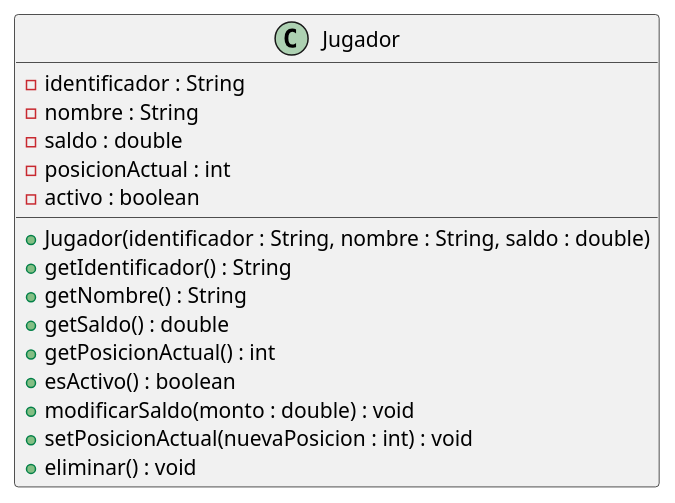
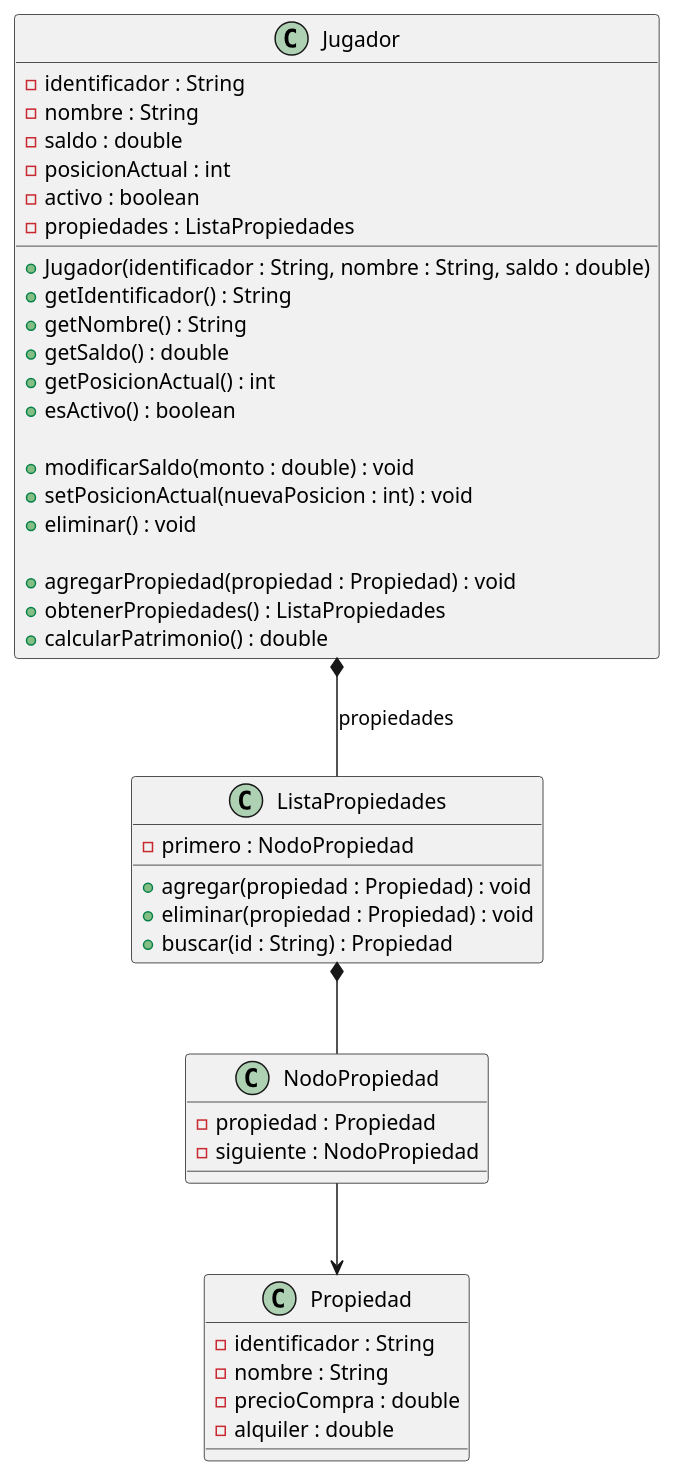
One commit to rodriguez0303/Proyecto1_Algoritmos changed the diagram in docs/uml/monopoly.puml. Above: the diagram before and after it, drawn with PlantUML. The commit also changed 1 other file, not shown here.

Commit message:
Pruebas basicas del Jugador

```diff
--- a/docs/uml/monopoly.puml
+++ b/docs/uml/monopoly.puml
@@ -1,21 +1,71 @@
 @startuml monopoly
+
+' ==============================
+' CLASE JUGADOR
+' ==============================
 
 class Jugador {
     - identificador : String
     - nombre : String
     - saldo : double
     - posicionActual : int
     - activo : boolean
+    - propiedades : ListaPropiedades
 
     + Jugador(identificador : String, nombre : String, saldo : double)
     + getIdentificador() : String
     + getNombre() : String
     + getSaldo() : double
     + getPosicionActual() : int
     + esActivo() : boolean
+
     + modificarSaldo(monto : double) : void
     + setPosicionActual(nuevaPosicion : int) : void
     + eliminar() : void
+
+    + agregarPropiedad(propiedad : Propiedad) : void
+    + obtenerPropiedades() : ListaPropiedades
+    + calcularPatrimonio() : double
 }
 
+
+' ==============================
+' LISTA DE PROPIEDADES
+' ==============================
+
+class ListaPropiedades {
+    - primero : NodoPropiedad
+
+    + agregar(propiedad : Propiedad) : void
+    + eliminar(propiedad : Propiedad) : void
+    + buscar(id : String) : Propiedad
+}
+
+
+class NodoPropiedad {
+    - propiedad : Propiedad
+    - siguiente : NodoPropiedad
+}
+
+
+' ==============================
+' PROPIEDAD
+' ==============================
+
+class Propiedad {
+    - identificador : String
+    - nombre : String
+    - precioCompra : double
+    - alquiler : double
+}
+
+
+' ==============================
+' RELACIONES
+' ==============================
+
+Jugador *-- ListaPropiedades : propiedades
+ListaPropiedades *-- NodoPropiedad
+NodoPropiedad --> Propiedad
+
 @enduml
```
